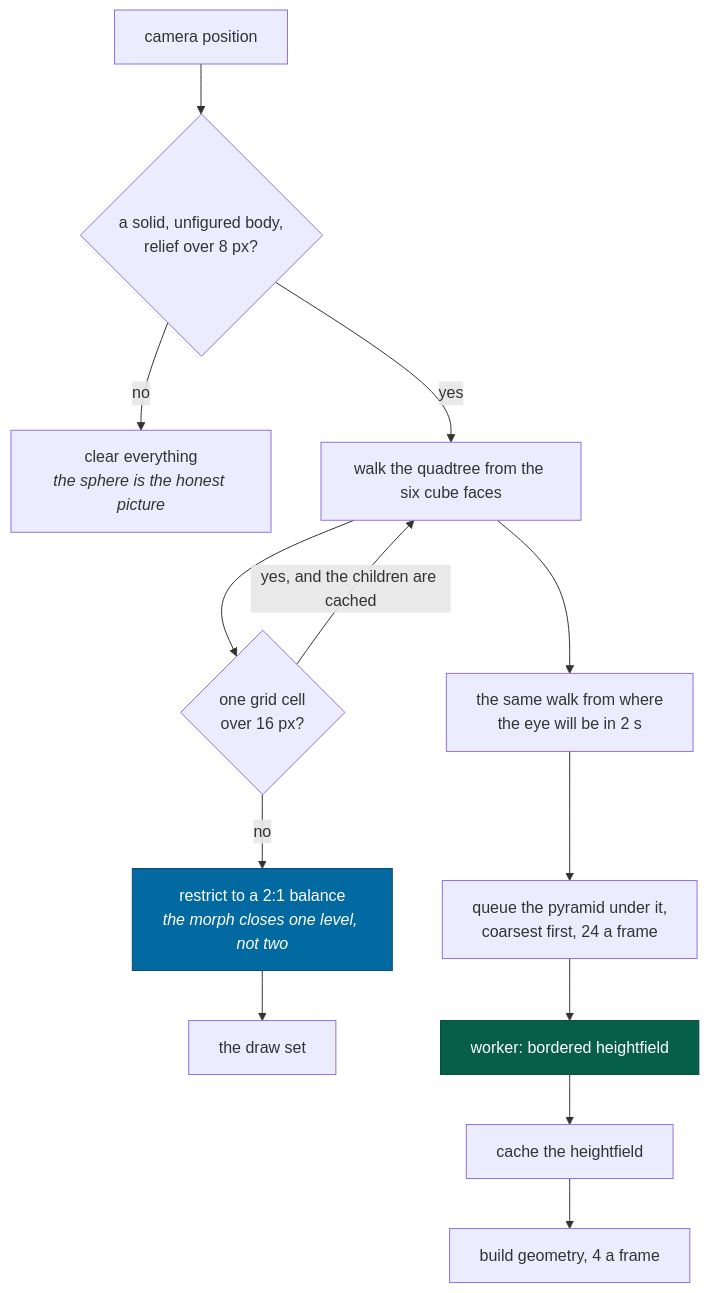
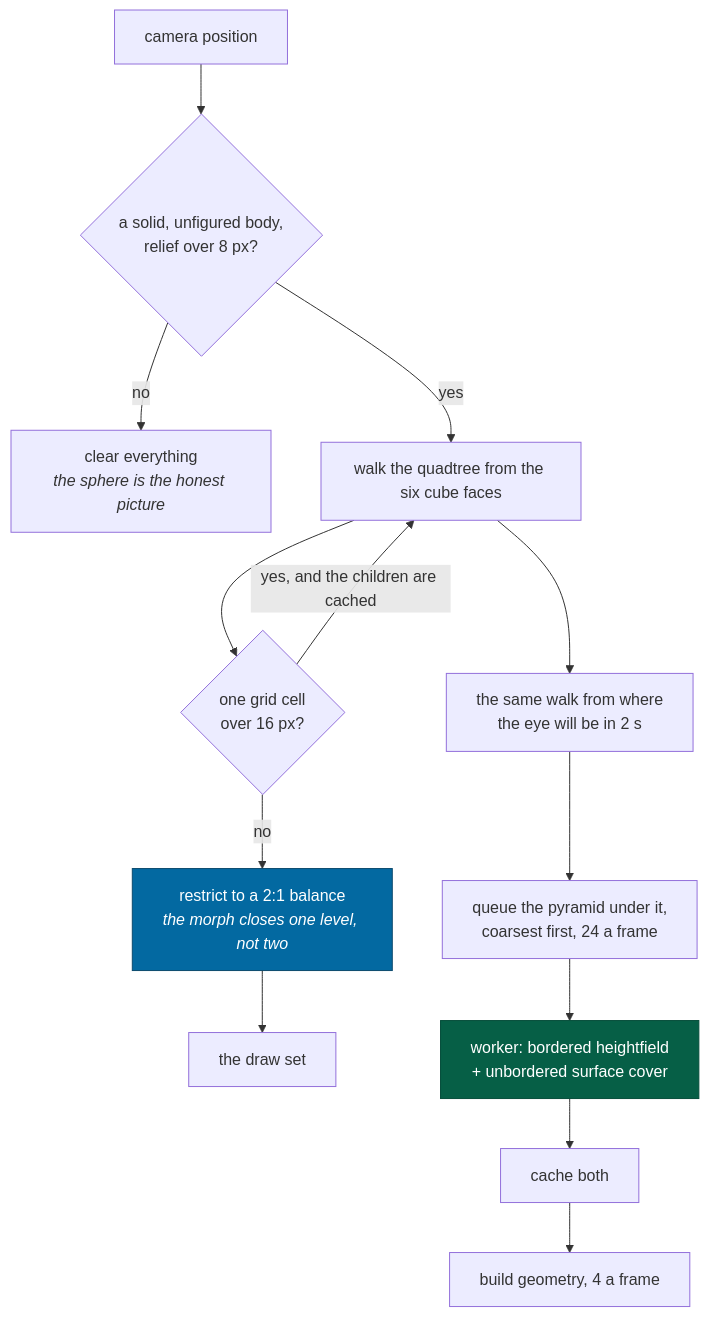
Before and after one commit to jonjaques/inertialref: the third of 3 diagrams in docs/concepts/streaming.md, drawn with Mermaid. The commit also changed other lines of this file and 48 other files, not shown here.

````diff
--- a/docs/concepts/streaming.md
+++ b/docs/concepts/streaming.md
@@ -82,18 +82,18 @@
 ```mermaid
 flowchart TB
     CAM["camera position"] --> BODY{"a solid, unfigured body,<br/>relief over 8 px?"}
     BODY -->|no| CLEAR["clear everything<br/><i>the sphere is the honest picture</i>"]
     BODY -->|yes| WALK["walk the quadtree from the six cube faces"]
     WALK --> REFINE{"one grid cell<br/>over 16 px?"}
     REFINE -->|"yes, and the children are cached"| WALK
     REFINE -->|no| BALANCE["restrict to a 2:1 balance<br/><i>the morph closes one level, not two</i>"]
     BALANCE --> DRAW["the draw set"]
     WALK --> AHEAD["the same walk from where<br/>the eye will be in 2 s"]
     AHEAD --> QUEUE["queue the pyramid under it,<br/>coarsest first, 24 a frame"]
-    QUEUE --> JOB["worker: bordered heightfield"]
-    JOB --> CACHE["cache the heightfield"]
+    QUEUE --> JOB["worker: bordered heightfield<br/>+ unbordered surface cover"]
+    JOB --> CACHE["cache both"]
     CACHE --> MESH["build geometry, 4 a frame"]
 
     style JOB fill:#065f46,stroke:#064e3b,color:#fff
     style BALANCE fill:#0369a1,stroke:#0c4a6e,color:#fff
 ```
````
